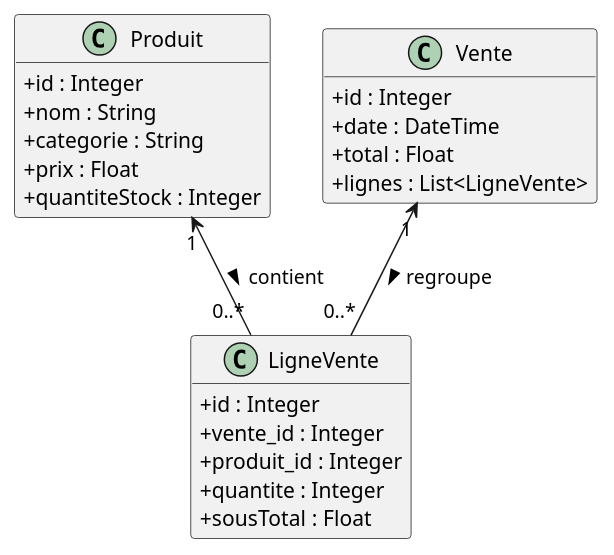
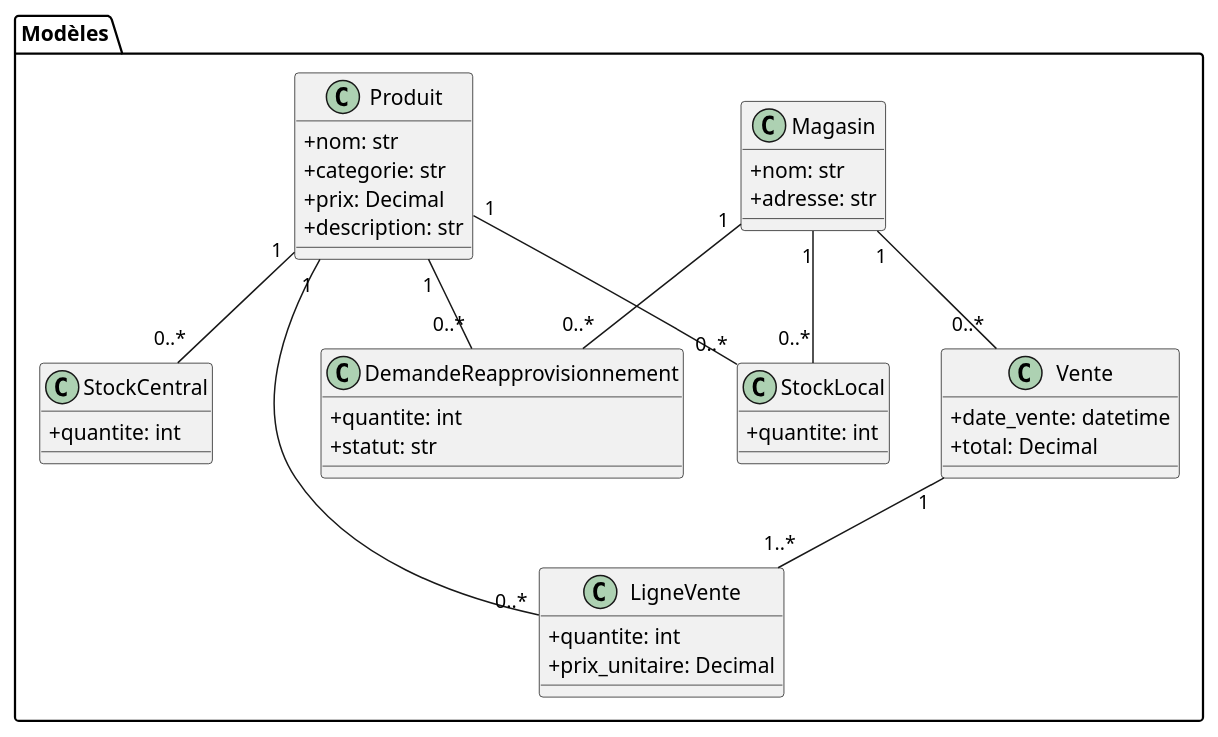
The diagram in docs/UML/vue-logique.puml (TalipKoyluoglu/LOG430-Labo3), drawn with PlantUML before and after one commit. The commit also changed other lines of this file and 36 other files, not shown here.

```diff
--- a/docs/UML/vue-logique.puml
+++ b/docs/UML/vue-logique.puml
@@ -1,30 +2,51 @@
-@startuml
-hide empty members
+@startuml VueLogique
 skinparam classAttributeIconSize 0
 
-class Produit {
-  +id : Integer
-  +nom : String
-  +categorie : String
-  +prix : Float
-  +quantiteStock : Integer
+package "Modèles" {
+    class Magasin {
+        +nom: str
+        +adresse: str
+    }
+
+    class Produit {
+        +nom: str
+        +categorie: str
+        +prix: Decimal
+        +description: str
+    }
+
+    class StockLocal {
+        +quantite: int
+    }
+
+    class StockCentral {
+        +quantite: int
+    }
+
+    class Vente {
+        +date_vente: datetime
+        +total: Decimal
+    }
+
+    class LigneVente {
+        +quantite: int
+        +prix_unitaire: Decimal
+    }
+
+    class DemandeReapprovisionnement {
+        +quantite: int
+        +statut: str
+    }
+
+    Magasin "1" -- "0..*" StockLocal
+    Magasin "1" -- "0..*" Vente
+    Magasin "1" -- "0..*" DemandeReapprovisionnement
+
+    Produit "1" -- "0..*" StockLocal
+    Produit "1" -- "0..*" StockCentral
+    Produit "1" -- "0..*" LigneVente
+    Produit "1" -- "0..*" DemandeReapprovisionnement
+
+    Vente "1" -- "1..*" LigneVente
 }
-
-class Vente {
-  +id : Integer
-  +date : DateTime
-  +total : Float
-  +lignes : List<LigneVente>
-}
-
-class LigneVente {
-  +id : Integer
-  +vente_id : Integer
-  +produit_id : Integer
-  +quantite : Integer
-  +sousTotal : Float
-}
-
-Produit "1" <-- "0..*" LigneVente : contient >
-Vente "1" <-- "0..*" LigneVente : regroupe >
 @enduml
```
